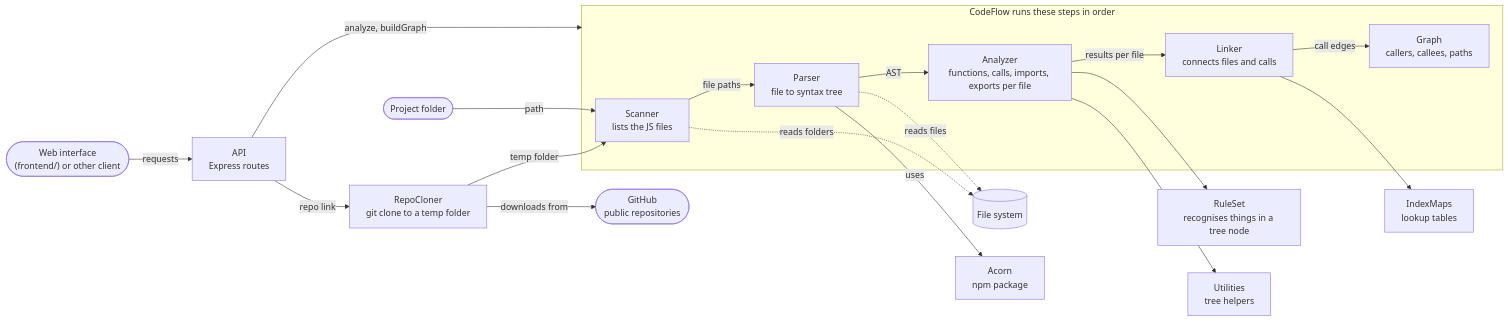
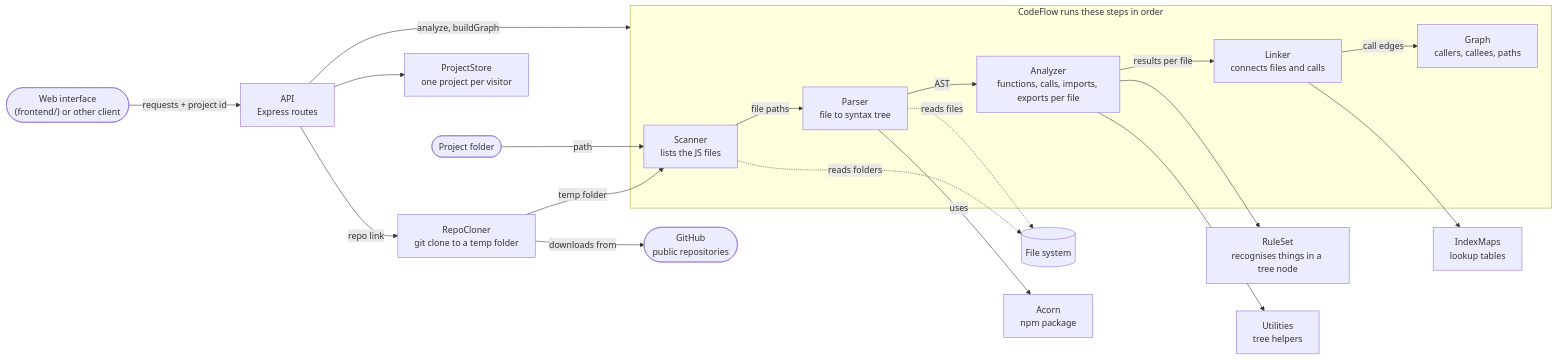
The diagram in docs/architecture-diagram.md (Rohitsinghwho/CodeFlow-Analyzer), drawn with Mermaid before and after one commit. The commit also changed other lines of this file and 26 other files, not shown here.

````diff
--- a/docs/architecture-diagram.md
+++ b/docs/architecture-diagram.md
@@ -6,40 +6,42 @@
 ```mermaid
 flowchart LR
   client(["Web interface<br/>(frontend/) or other client"])
   folder(["Project folder"])
   fs[("File system")]
   acorn["Acorn<br/>npm package"]
 
   subgraph codeflow["CodeFlow runs these steps in order"]
     scan["Scanner<br/>lists the JS files"]
     parse["Parser<br/>file to syntax tree"]
     analyze["Analyzer<br/>functions, calls, imports, exports per file"]
     link["Linker<br/>connects files and calls"]
     graphq["Graph<br/>callers, callees, paths"]
   end
 
   api["API<br/>Express routes"]
+  store["ProjectStore<br/>one project per visitor"]
   github(["GitHub<br/>public repositories"])
   cloner["RepoCloner<br/>git clone to a temp folder"]
   rules["RuleSet<br/>recognises things in a tree node"]
   utils["Utilities<br/>tree helpers"]
   indexes["IndexMaps<br/>lookup tables"]
 
-  client -->|"requests"| api
+  client -->|"requests + project id"| api
+  api --> store
   api -->|"analyze, buildGraph"| codeflow
   api -->|"repo link"| cloner
   cloner -->|"downloads from"| github
   cloner -->|"temp folder"| scan
   folder -->|"path"| scan
   scan -->|"file paths"| parse
   parse -->|"AST"| analyze
   analyze -->|"results per file"| link
   link -->|"call edges"| graphq
 
   scan -.->|"reads folders"| fs
   parse -.->|"reads files"| fs
   parse -->|"uses"| acorn
   analyze --> rules
   analyze --> utils
   link --> indexes
 ```
````
